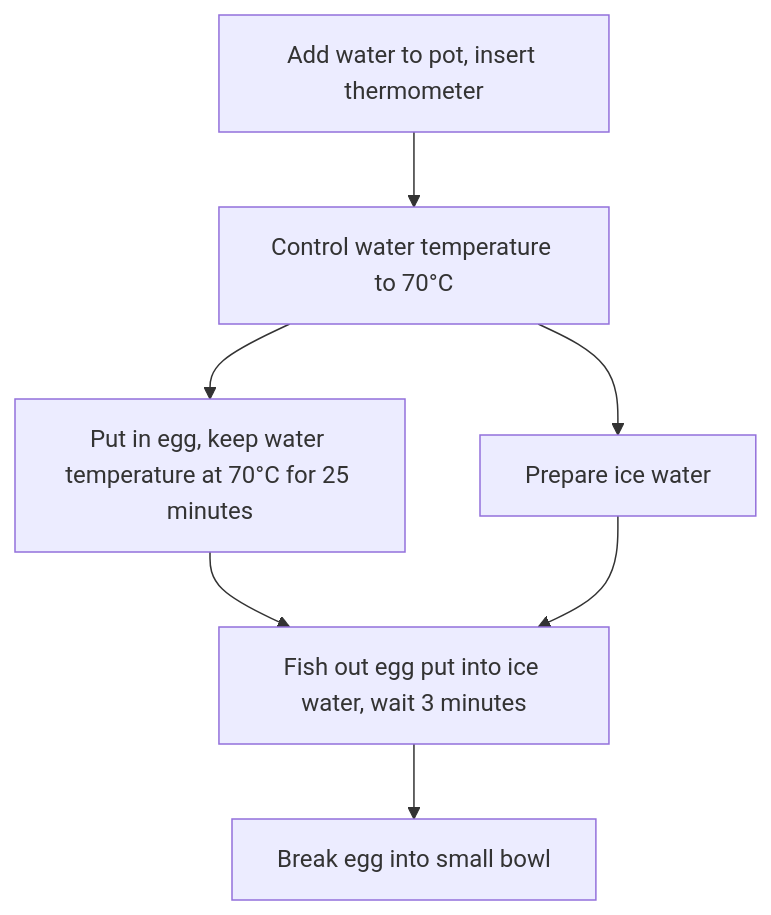
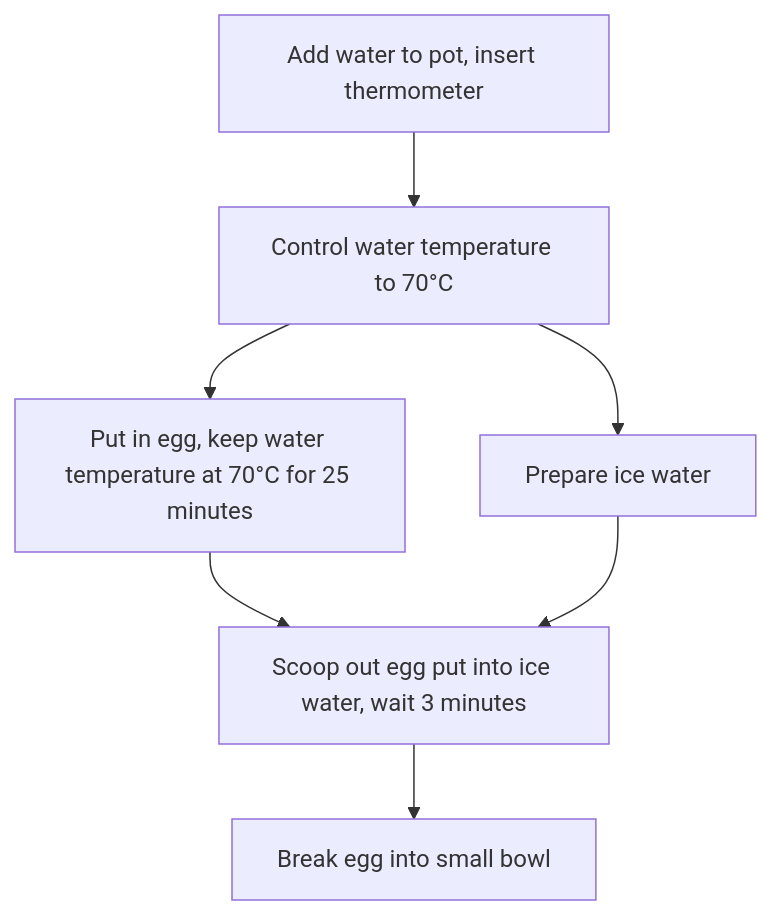
Before and after one commit to josmerod/HowToCook-English: the diagram in dishes/breakfast/Onsen_Tamago/Onsen_Tamago.md, drawn with Mermaid. The commit also changed other lines of this file and 351 other files, not shown here.

````diff
--- a/dishes/breakfast/Onsen_Tamago/Onsen_Tamago.md
+++ b/dishes/breakfast/Onsen_Tamago/Onsen_Tamago.md
@@ -45,9 +45,9 @@
 ``` mermaid
 graph TD
     A[Add water to pot, insert thermometer] --> B[Control water temperature to 70°C]
     B --> C[Put in egg, keep water temperature at 70°C for 25 minutes]
     B --> D[Prepare ice water]
     C --> E
-    D --> E[Fish out egg put into ice water, wait 3 minutes]
+    D --> E[Scoop out egg put into ice water, wait 3 minutes]
     E --> F[Break egg into small bowl]
 ```
````
